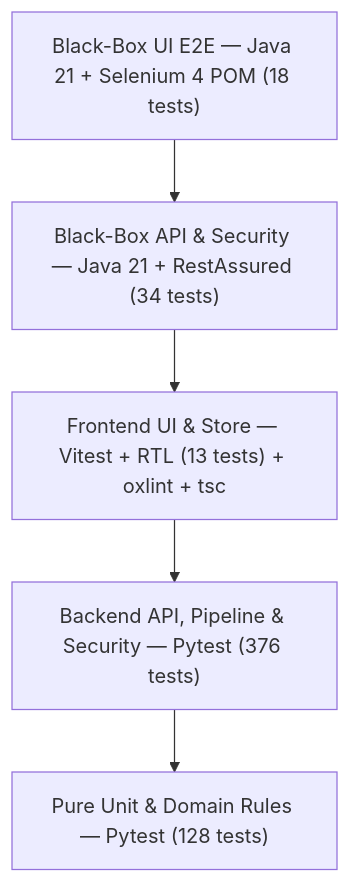
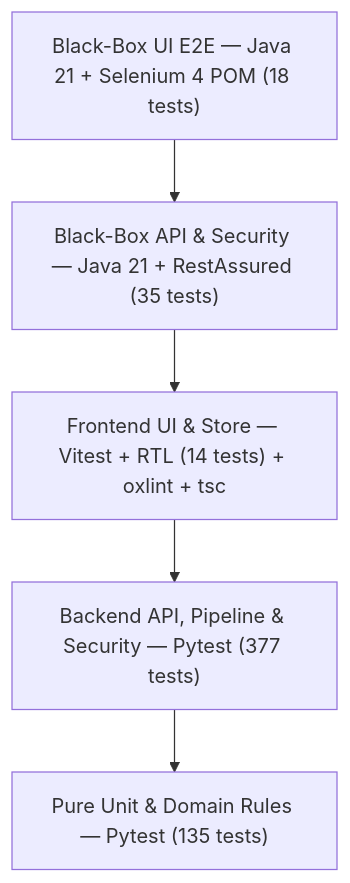
The diagram in README.md (talevi83/SubBuildStudio), drawn with Mermaid before and after one commit. The commit also changed other lines of this file and 27 other files, not shown here.

````diff
--- a/README.md
+++ b/README.md
@@ -397,9 +392,9 @@
 ```mermaid
 flowchart TD
     E2E["Black-Box UI E2E — Java 21 + Selenium 4 POM (18 tests)"]
-    BAPI["Black-Box API & Security — Java 21 + RestAssured (34 tests)"]
-    FE["Frontend UI & Store — Vitest + RTL (13 tests) + oxlint + tsc"]
-    PIPE["Backend API, Pipeline & Security — Pytest (376 tests)"]
-    UNIT["Pure Unit & Domain Rules — Pytest (128 tests)"]
+    BAPI["Black-Box API & Security — Java 21 + RestAssured (35 tests)"]
+    FE["Frontend UI & Store — Vitest + RTL (14 tests) + oxlint + tsc"]
+    PIPE["Backend API, Pipeline & Security — Pytest (377 tests)"]
+    UNIT["Pure Unit & Domain Rules — Pytest (135 tests)"]
     E2E --> BAPI --> FE --> PIPE --> UNIT
 ```
````
